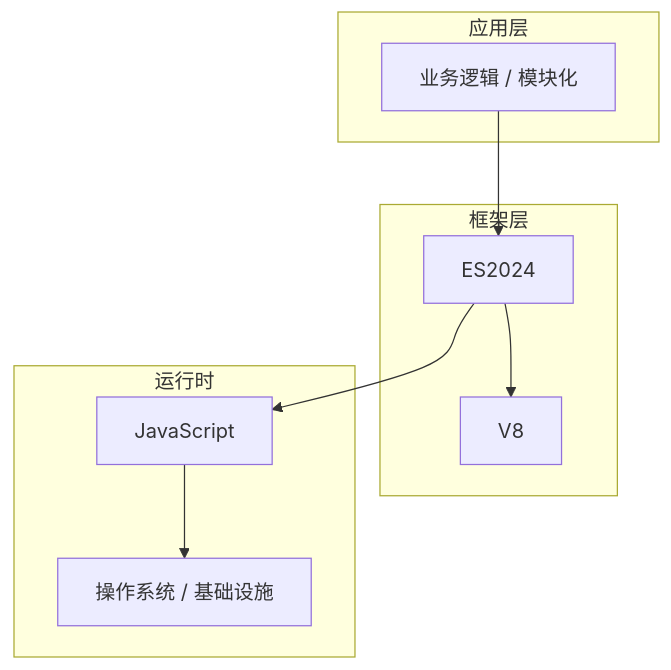
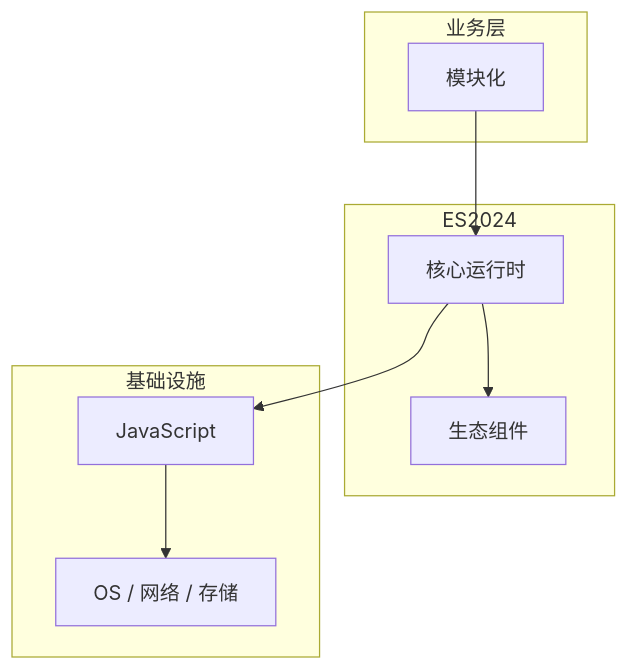
One commit to yanggan2015/knowledge-json-v2 changed the diagram in articles/JavaScript核心/chapters/145-模块化核心概念与原理.md. Above: the diagram before and after it, drawn with Mermaid. The commit also changed other lines of this file and 10127 other files, not shown here.

````diff
--- a/articles/JavaScript核心/chapters/145-模块化核心概念与原理.md
+++ b/articles/JavaScript核心/chapters/145-模块化核心概念与原理.md
@@ -45,18 +34,18 @@
 ```mermaid
 graph TB
-    subgraph 应用层
-        A[业务逻辑 / 模块化]
+    subgraph 业务层
+        A[模块化]
     end
-    subgraph 框架层
-        B[ES2024]
-        C[V8]
+    subgraph ES2024
+        B[核心运行时]
+        C[生态组件]
     end
-    subgraph 运行时
+    subgraph 基础设施
         D[JavaScript]
-        E[操作系统 / 基础设施]
+        E[OS / 网络 / 存储]
     end
     A --> B
     B --> C
     B --> D
     D --> E
 ```
````
